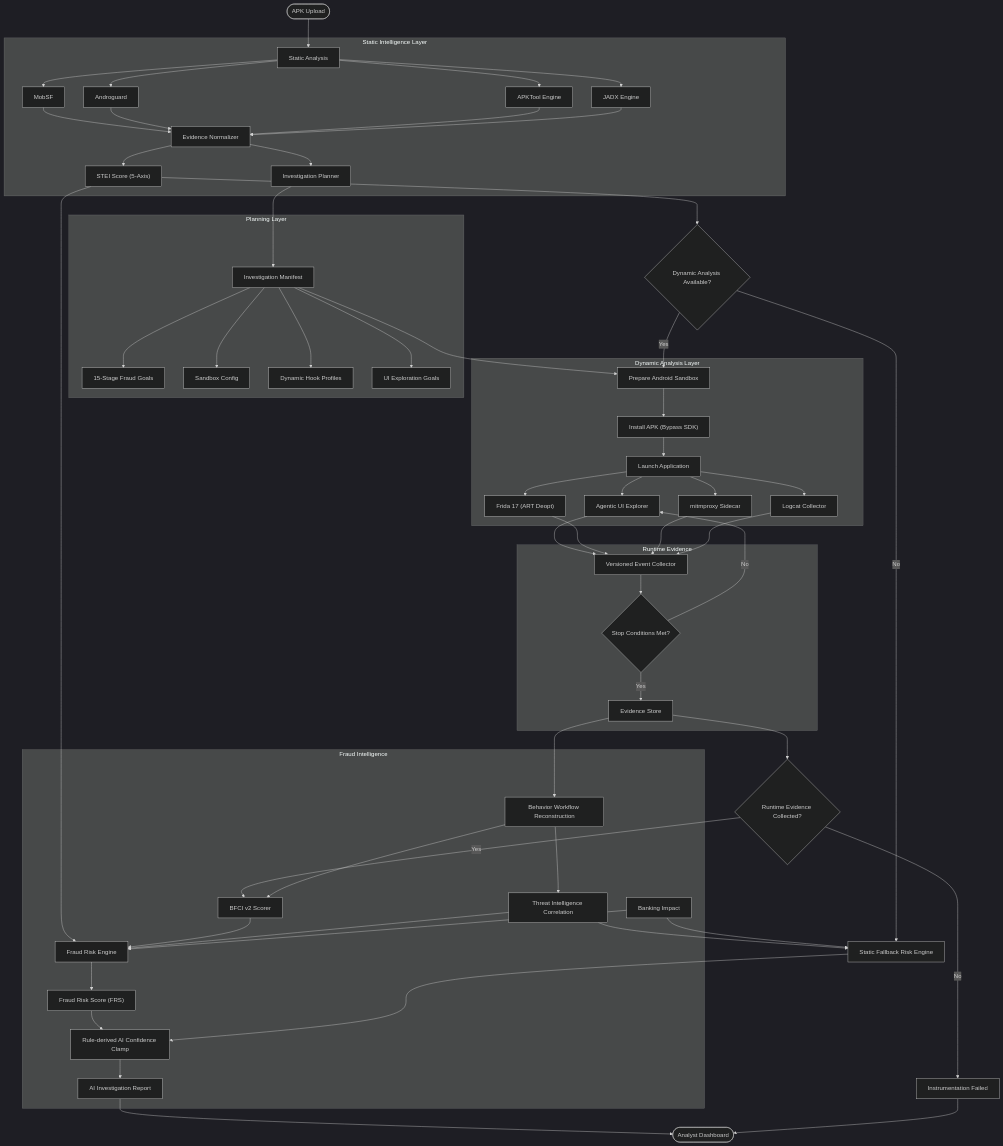
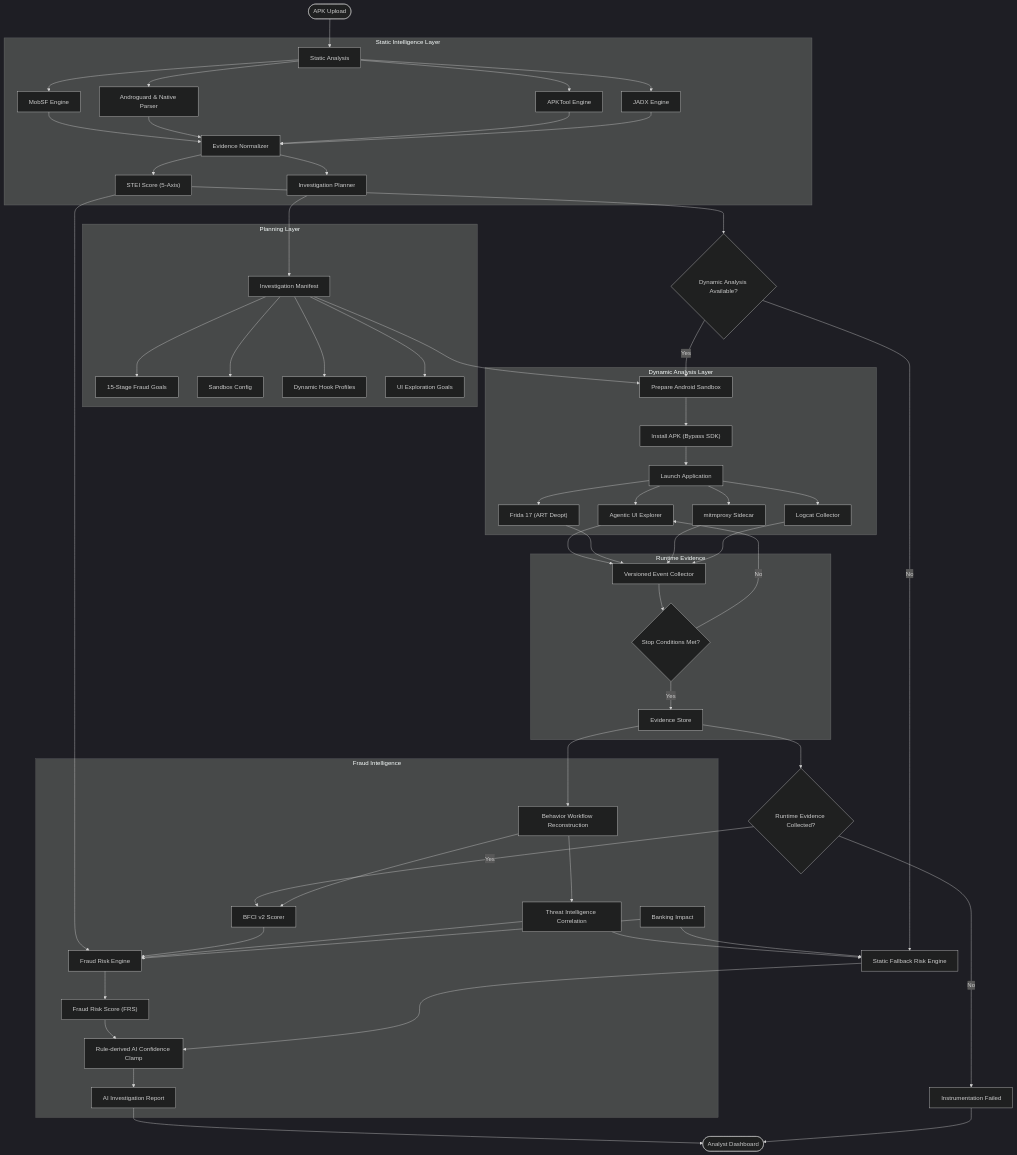
One commit to SanTiwari07/Sudarshan changed the diagram in README.md. Above: the diagram before and after it, drawn with Mermaid (dark theme). The commit also changed other lines of this file and 39 other files, not shown here.

```diff
--- a/README.md
+++ b/README.md
@@ -57,8 +56,8 @@
 
 SA["Static Analysis"]
 
-MobSF["MobSF"]
-Andro["Androguard"]
+MobSF["MobSF Engine"]
+Andro["Androguard & Native Parser"]
 APKT["APKTool Engine"]
 JADX["JADX Engine"]
 
```
